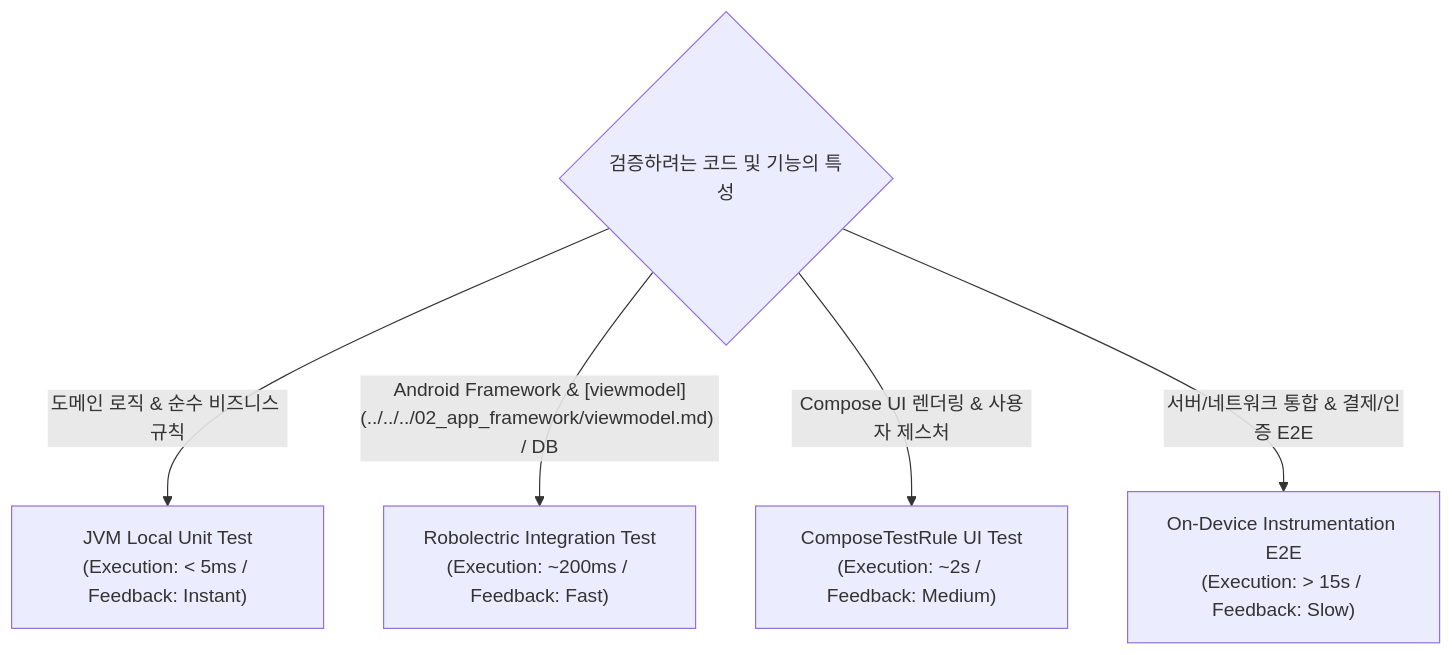
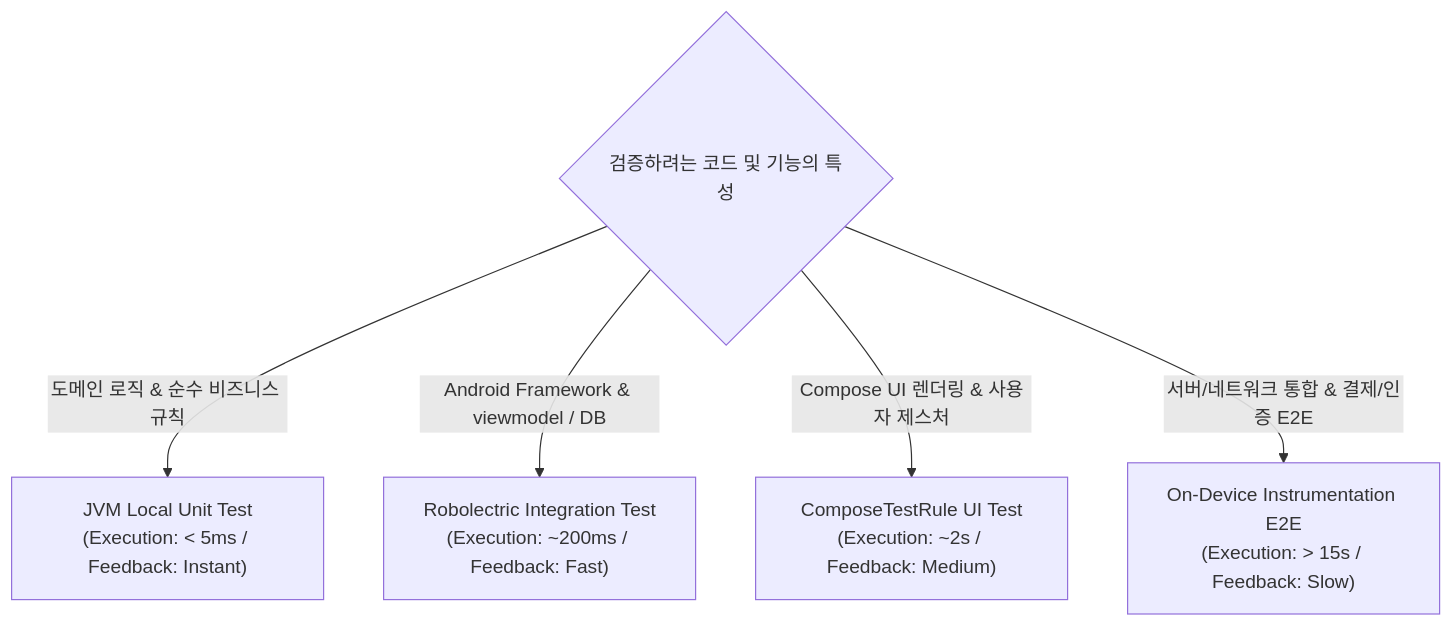
Before and after one commit to youngmin-gwon/what-i-studied: the diagram in 01_inbox/mobile/android/06_testing_performance/testing/testing-quality-contracts/test-layer-is-chosen-by-feedback-cost-and-risk.md, drawn with Mermaid. The commit also changed 68 other files, not shown here.

````diff
--- a/01_inbox/mobile/android/06_testing_performance/testing/testing-quality-contracts/test-layer-is-chosen-by-feedback-cost-and-risk.md
+++ b/01_inbox/mobile/android/06_testing_performance/testing/testing-quality-contracts/test-layer-is-chosen-by-feedback-cost-and-risk.md
@@ -36,9 +36,9 @@
 ```mermaid
 flowchart TD
     FeatureCheck{"검증하려는 코드 및 기능의 특성"}
     
     FeatureCheck -->|"도메인 로직 & 순수 비즈니스 규칙"| JVMUnit["JVM Local Unit Test<br/>(Execution: < 5ms / Feedback: Instant)"]
-    FeatureCheck -->|"Android Framework & [viewmodel](../../../02_app_framework/viewmodel.md) / DB"| Robolectric["Robolectric Integration Test<br/>(Execution: ~200ms / Feedback: Fast)"]
+    FeatureCheck -->|"Android Framework & viewmodel / DB"| Robolectric["Robolectric Integration Test<br/>(Execution: ~200ms / Feedback: Fast)"]
     FeatureCheck -->|"Compose UI 렌더링 & 사용자 제스처"| ComposeRule["ComposeTestRule UI Test<br/>(Execution: ~2s / Feedback: Medium)"]
     FeatureCheck -->|"서버/네트워크 통합 & 결제/인증 E2E"| OnDeviceE2E["On-Device Instrumentation E2E<br/>(Execution: > 15s / Feedback: Slow)"]
 ```
````
